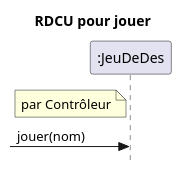
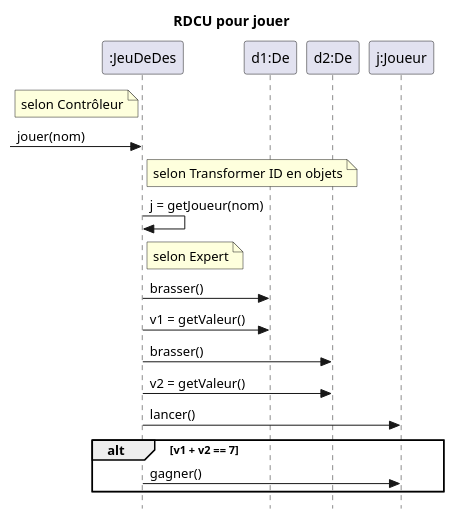
One commit to profcfuhrmanets/log210-jeu-de-des-node-express-ts changed the diagram in docs/rdcu-jouer.puml. Above: the diagram before and after it, drawn with PlantUML. The commit also changed 6 other files, not shown here.

```diff
--- a/docs/rdcu-jouer.puml
+++ b/docs/rdcu-jouer.puml
@@ -1,7 +1,21 @@
 @startuml
 skinparam style strictuml
 title RDCU pour jouer
 participant ":JeuDeDes" as c
-note left of c : par Contrôleur 
+participant "d1:De" as d1
+participant "d2:De" as d2
+participant "j:Joueur" as j
+note left of c : selon Contrôleur 
 ->c : jouer(nom)
+note right of c : selon Transformer ID en objets 
+c->c : j = getJoueur(nom)
+note right of c : selon Expert 
+c->d1 : brasser()
+c->d1 : v1 = getValeur()
+c->d2 : brasser()
+c->d2 : v2 = getValeur()
+c->j : lancer()
+alt v1 + v2 == 7
+  c->j : gagner()
+end alt
 @enduml
```
